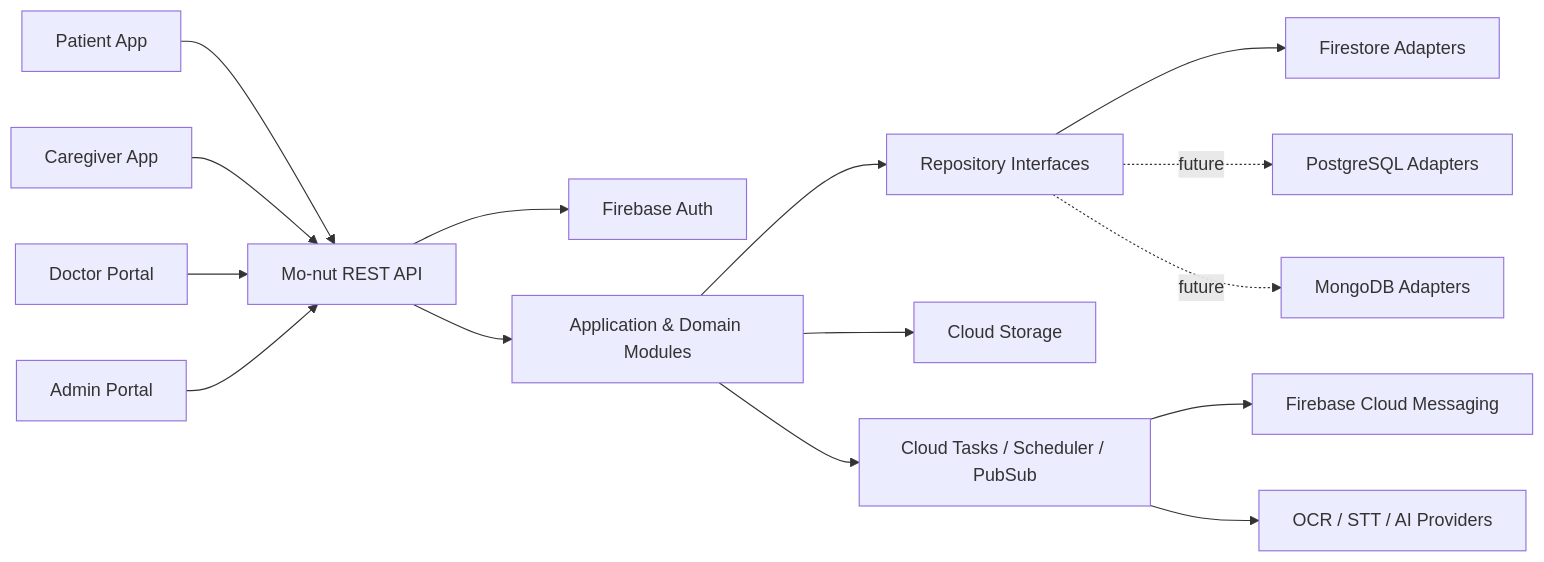
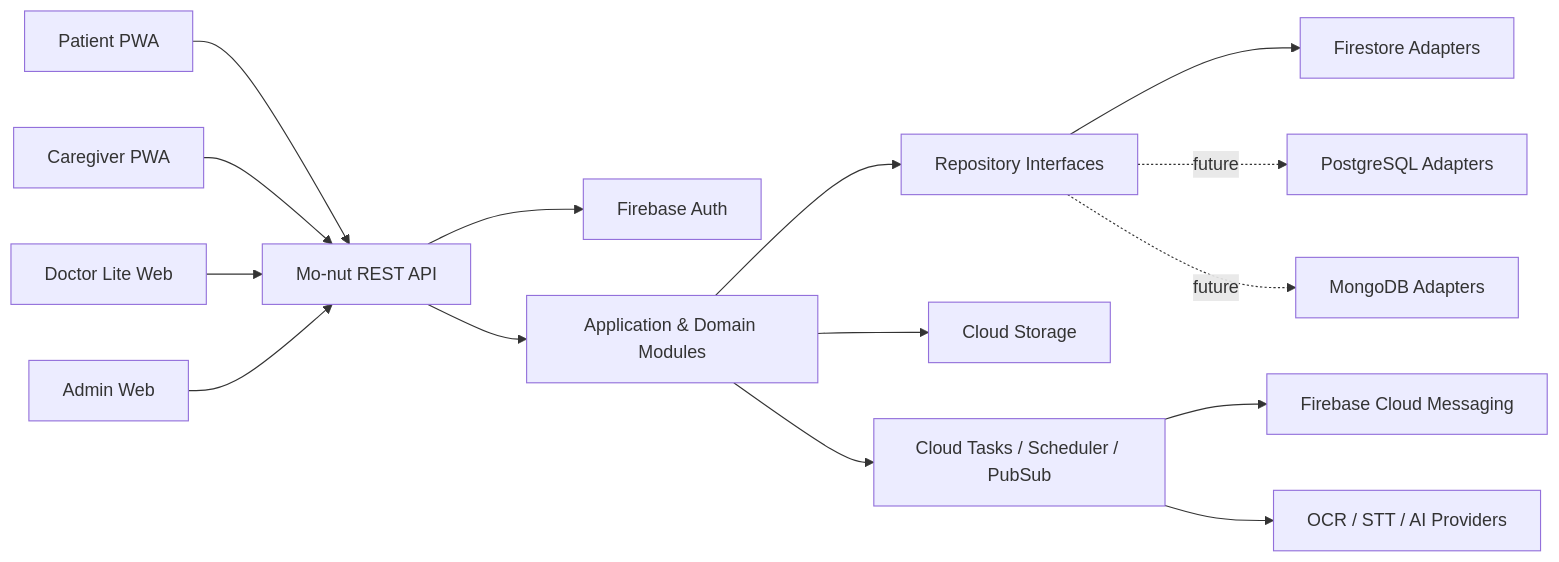
One commit to jariyahsoft/mo-nut changed the first of 4 diagrams in docs/design/01-architecture.md. Above: the diagram before and after it, drawn with Mermaid. The commit also changed other lines of this file and 49 other files, not shown here.

````diff
--- a/docs/design/01-architecture.md
+++ b/docs/design/01-architecture.md
@@ -32,17 +32,17 @@
 ```mermaid
 flowchart LR
-  P[Patient App] --> API[Mo-nut REST API]
-  C[Caregiver App] --> API
-  D[Doctor Portal] --> API
-  A[Admin Portal] --> API
+  P[Patient PWA] --> API[Mo-nut REST API]
+  C[Caregiver PWA] --> API
+  D[Doctor Lite Web] --> API
+  A[Admin Web] --> API
   API --> AUTH[Firebase Auth]
   API --> DOMAIN[Application & Domain Modules]
   DOMAIN --> REPO[Repository Interfaces]
   REPO --> FS[Firestore Adapters]
   REPO -. future .-> PG[PostgreSQL Adapters]
   REPO -. future .-> MG[MongoDB Adapters]
   DOMAIN --> STORAGE[Cloud Storage]
   DOMAIN --> JOBS[Cloud Tasks / Scheduler / PubSub]
   JOBS --> FCM[Firebase Cloud Messaging]
   JOBS --> AI[OCR / STT / AI Providers]
 ```
````
